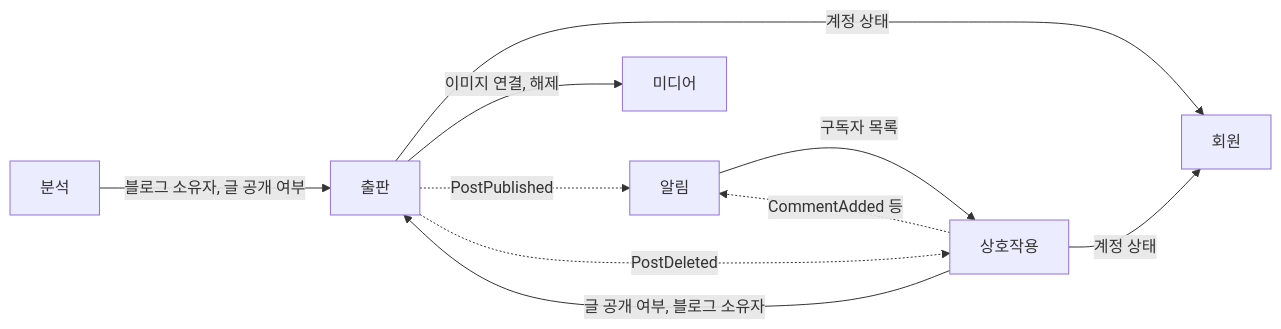
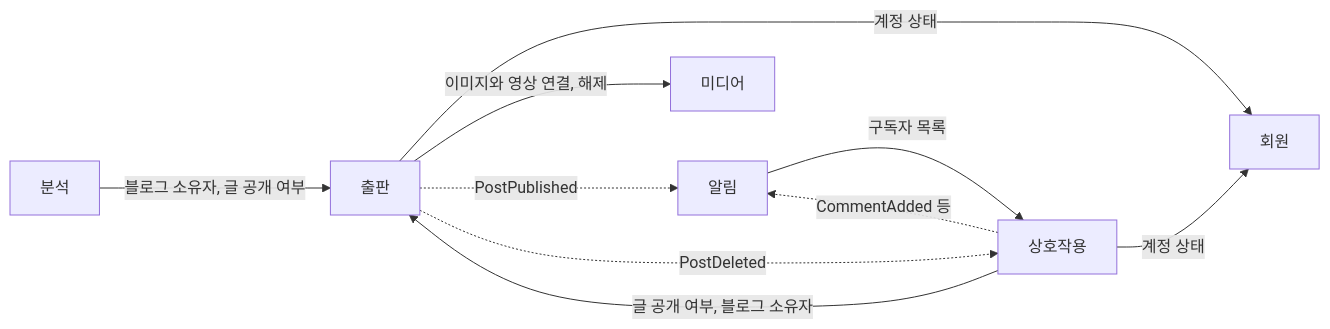
The diagram in backend/docs/strategic/04-context-map.md (paranema/contentria), drawn with Mermaid before and after one commit. The commit also changed other lines of this file and 4 other files, not shown here.

````diff
--- a/backend/docs/strategic/04-context-map.md
+++ b/backend/docs/strategic/04-context-map.md
@@ -26,19 +26,19 @@
 ```mermaid
 flowchart LR
     member[회원]
     publishing[출판]
     interaction[상호작용]
     media[미디어]
     analytics[분석]
     notification[알림]
 
     publishing -->|계정 상태| member
     interaction -->|계정 상태| member
-    publishing -->|이미지 연결, 해제| media
+    publishing -->|이미지와 영상 연결, 해제| media
     interaction -->|글 공개 여부, 블로그 소유자| publishing
     notification -->|구독자 목록| interaction
     analytics -->|블로그 소유자, 글 공개 여부| publishing
     publishing -. PostPublished .-> notification
     publishing -. PostDeleted .-> interaction
     interaction -. CommentAdded 등 .-> notification
 ```
````
